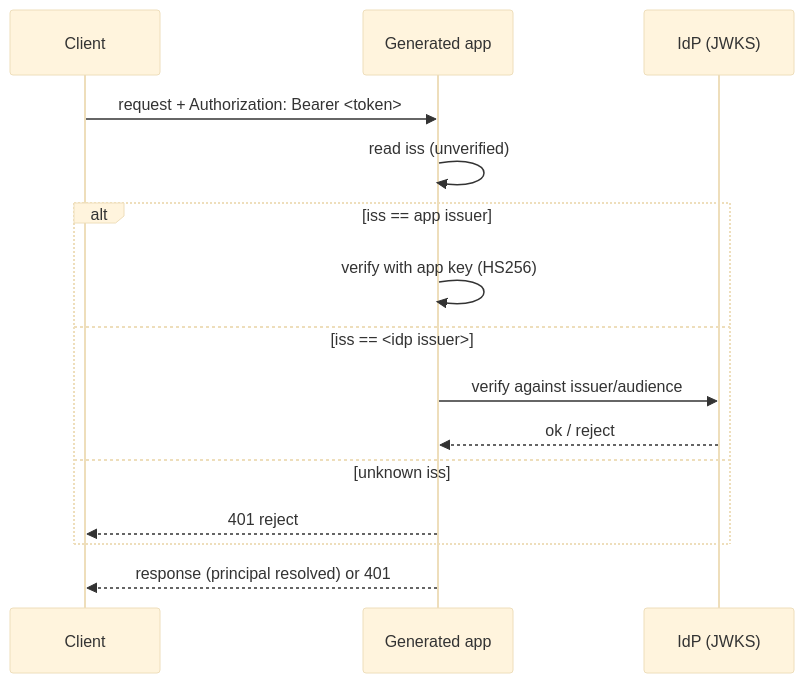
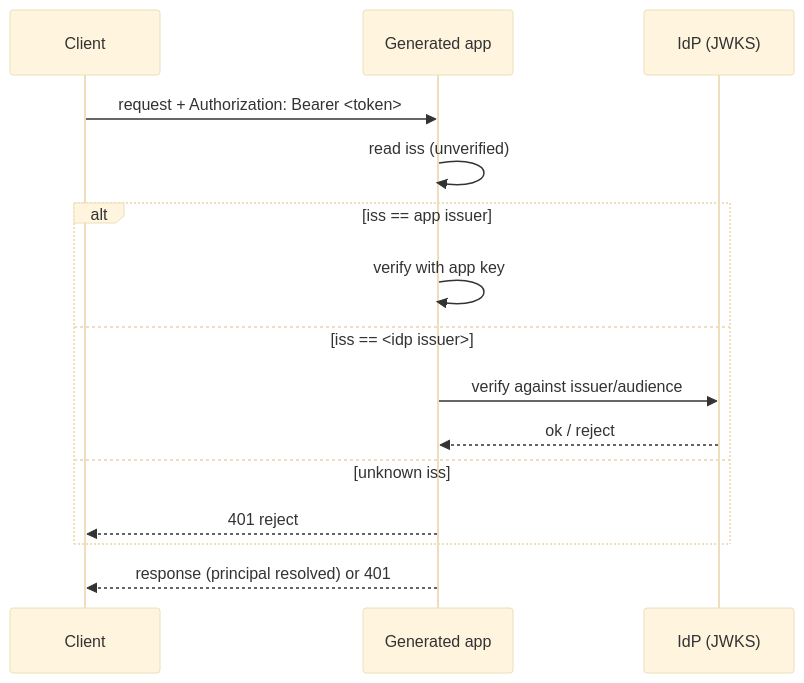
Before and after one commit to sebastiaoteixeira/stackform: the diagram in docs/v0.2/Reference/providers/overview.md, drawn with Mermaid (base theme). The commit also changed other lines of this file and 62 other files, not shown here.

````diff
--- a/docs/v0.2/Reference/providers/overview.md
+++ b/docs/v0.2/Reference/providers/overview.md
@@ -74,17 +80,17 @@
 ```mermaid
 sequenceDiagram
   participant C as Client
   participant A as Generated app
   participant I as IdP (JWKS)
   C->>A: request + Authorization: Bearer <token>
   A->>A: read iss (unverified)
   alt iss == app issuer
-    A->>A: verify with app key (HS256)
+    A->>A: verify with app key
   else iss == <idp issuer>
     A->>I: verify against issuer/audience
     I-->>A: ok / reject
   else unknown iss
     A-->>C: 401 reject
   end
   A-->>C: response (principal resolved) or 401
 ```
````
